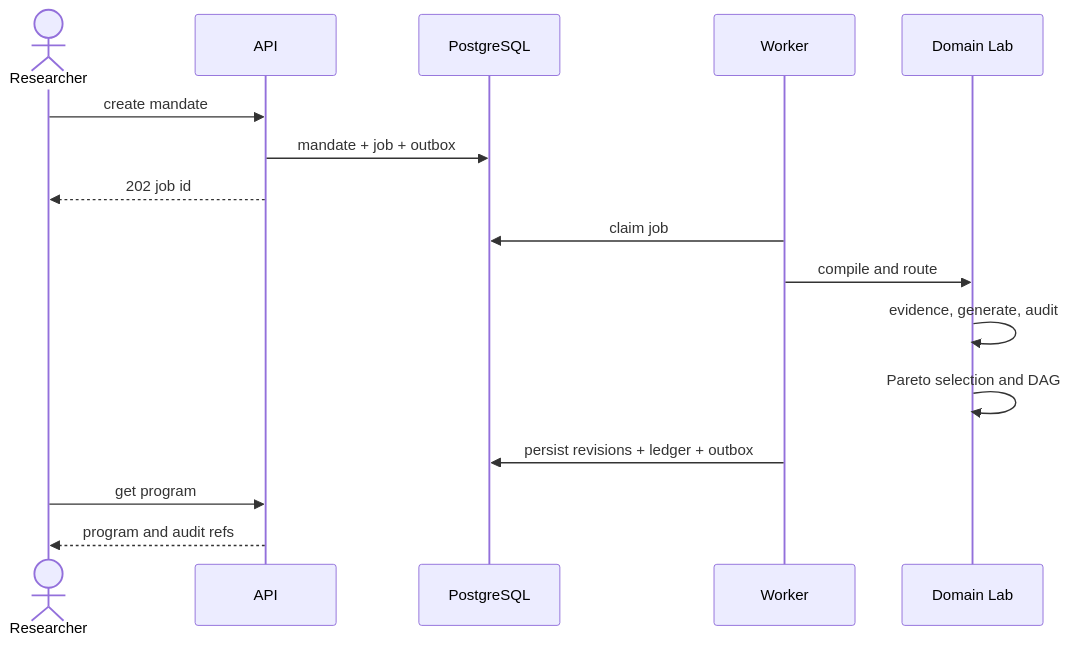
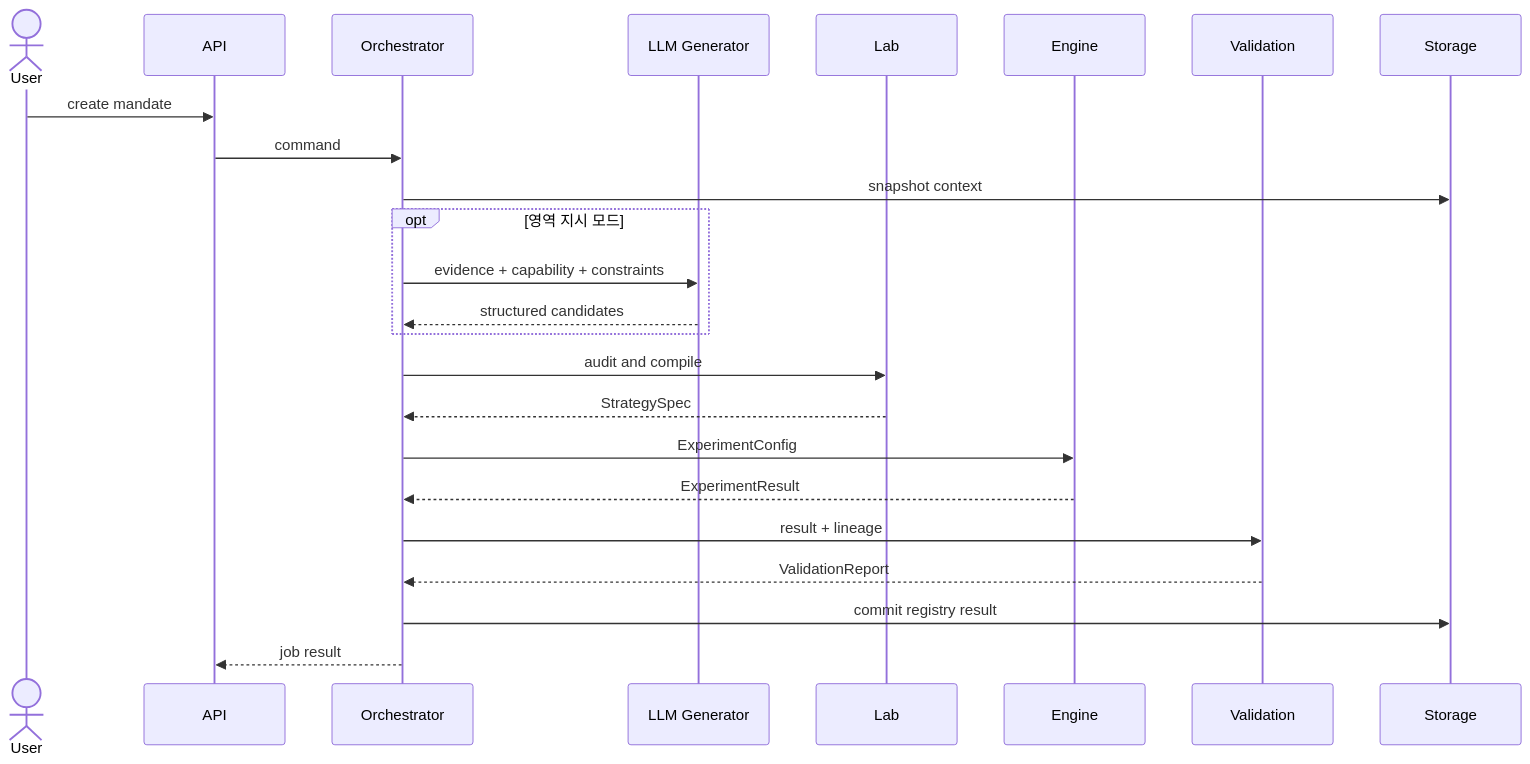
One commit to PJH-02/Alpha_factory changed the fifth of 6 diagrams in docs/02_Architecture.md. Above: the diagram before and after it, drawn with Mermaid. The commit also changed other lines of this file and 19 other files, not shown here.

````diff
--- a/docs/02_Architecture.md
+++ b/docs/02_Architecture.md
@@ -600,18 +193,27 @@
 ```mermaid
 sequenceDiagram
-    actor R as Researcher
-    participant A as API
-    participant D as PostgreSQL
-    participant W as Worker
-    participant L as Domain Lab
-    R->>A: create mandate
-    A->>D: mandate + job + outbox
-    A-->>R: 202 job id
-    W->>D: claim job
-    W->>L: compile and route
-    L->>L: evidence, generate, audit
-    L->>L: Pareto selection and DAG
-    W->>D: persist revisions + ledger + outbox
-    R->>A: get program
-    A-->>R: program and audit refs
+    actor User
+    participant API
+    participant Orch as Orchestrator
+    participant Gen as LLM Generator
+    participant Lab
+    participant Eng as Engine
+    participant Val as Validation
+    participant DB as Storage
+
+    User->>API: create mandate
+    API->>Orch: command
+    Orch->>DB: snapshot context
+    opt 영역 지시 모드
+        Orch->>Gen: evidence + capability + constraints
+        Gen-->>Orch: structured candidates
+    end
+    Orch->>Lab: audit and compile
+    Lab-->>Orch: StrategySpec
+    Orch->>Eng: ExperimentConfig
+    Eng-->>Orch: ExperimentResult
+    Orch->>Val: result + lineage
+    Val-->>Orch: ValidationReport
+    Orch->>DB: commit registry result
+    Orch-->>API: job result
 ```
````
